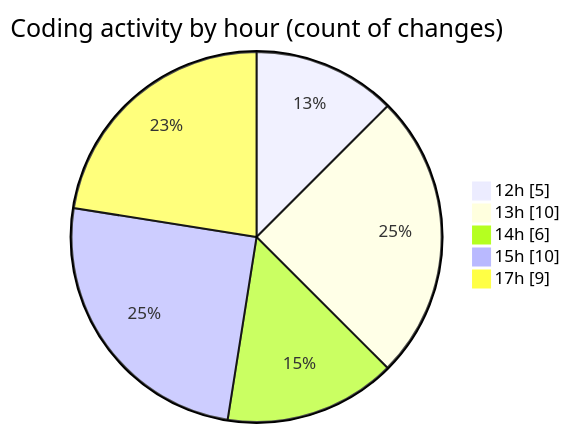
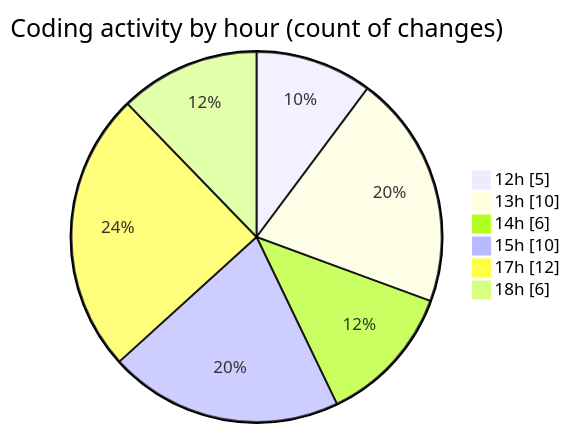
Before and after one commit to momahboobian/code-tracking: the second of 2 diagrams in 2025-11-21/cda/README.md, drawn with Mermaid. The commit also changed other lines of this file and 1 other file, not shown here.

````diff
--- a/2025-11-21/cda/README.md
+++ b/2025-11-21/cda/README.md
@@ -37,9 +42,10 @@
 ```mermaid
 pie showData
 title Coding activity by hour (count of changes)
 "12h" : 5
 "13h" : 10
 "14h" : 6
 "15h" : 10
-"17h" : 9
+"17h" : 12
+"18h" : 6
 ```
````
